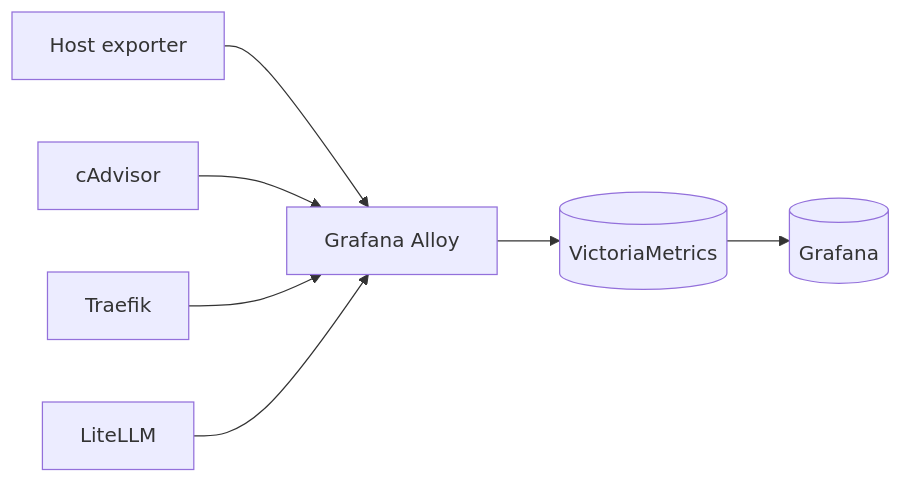
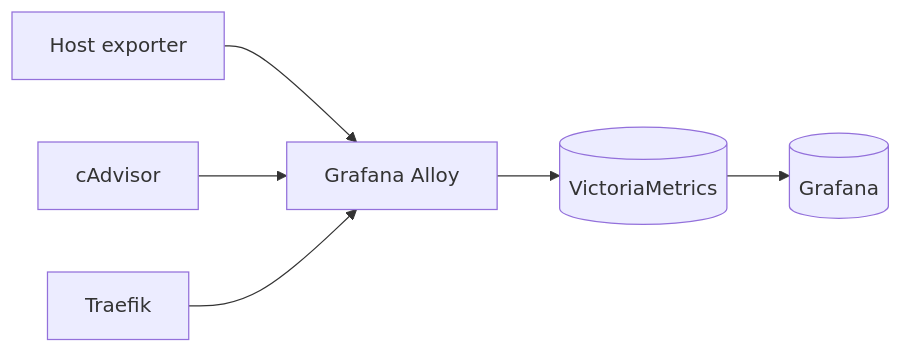
Before and after one commit to yongxinL/servicehub: the diagram in docs/operations/MONITORING-ALERTING.md, drawn with Mermaid. The commit also changed other lines of this file and 13 other files, not shown here.

````diff
--- a/docs/operations/MONITORING-ALERTING.md
+++ b/docs/operations/MONITORING-ALERTING.md
@@ -46,9 +46,8 @@
 ```mermaid
 flowchart LR
     H[Host exporter] --> A[Grafana Alloy]
     C[cAdvisor] --> A
     T[Traefik] --> A
-    L[LiteLLM] --> A
     A --> V[(VictoriaMetrics)]
     V --> G[(Grafana)]
 ```
````
